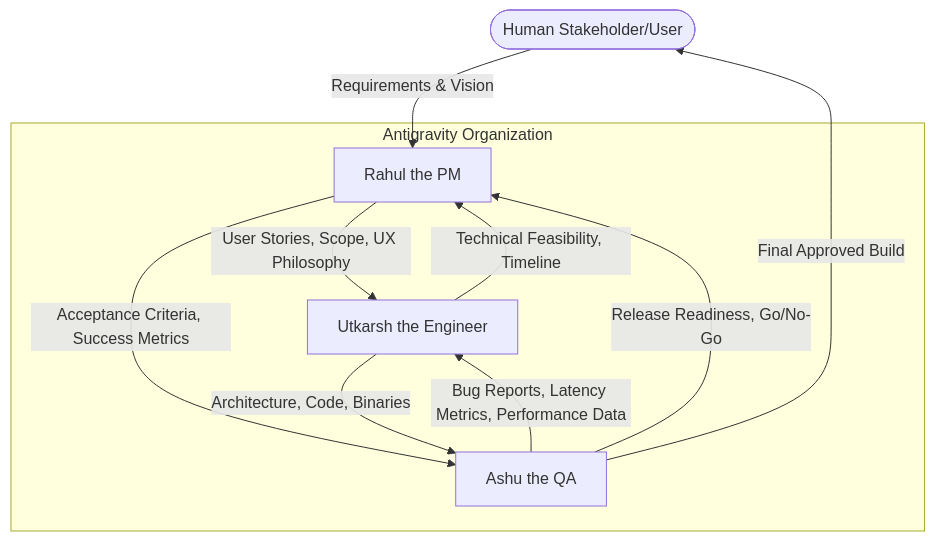
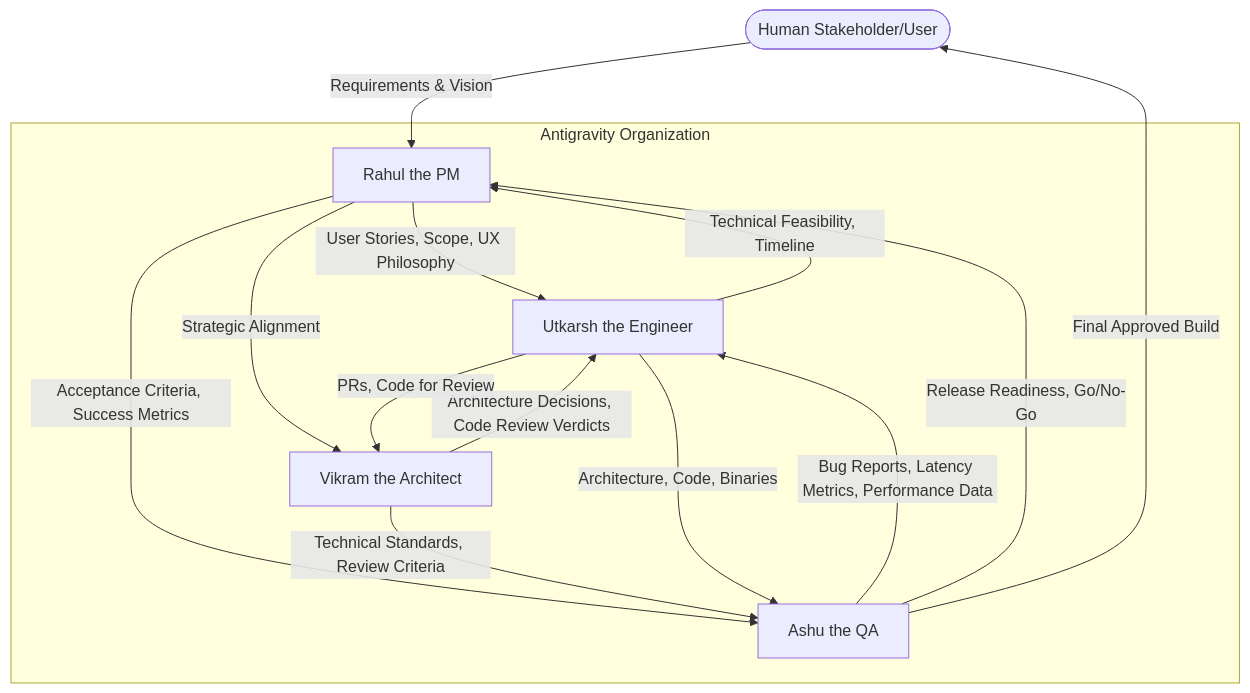
The first of 2 diagrams in docs/agent_organization.md (Utkarsh1999/tap-tap-boom), drawn with Mermaid before and after one commit. The commit also changed other lines of this file and 219 other files, not shown here.

````diff
--- a/docs/agent_organization.md
+++ b/docs/agent_organization.md
@@ -7,21 +7,27 @@
 ```mermaid
 graph TD
     User([Human Stakeholder/User]) --> |Requirements & Vision| PM[Rahul the PM]
     
     PM --> |User Stories, Scope, UX Philosophy| SE[Utkarsh the Engineer]
     PM --> |Acceptance Criteria, Success Metrics| QA[Ashu the QA]
+    PM --> |Strategic Alignment| ARCH[Vikram the Architect]
+    
+    ARCH --> |Architecture Decisions, Code Review Verdicts| SE
+    ARCH --> |Technical Standards, Review Criteria| QA
+    SE --> |PRs, Code for Review| ARCH
     
     SE --> |Architecture, Code, Binaries| QA
     SE --> |Technical Feasibility, Timeline| PM
     
     QA --> |Bug Reports, Latency Metrics, Performance Data| SE
     QA --> |Release Readiness, Go/No-Go| PM
     
     QA --> |Final Approved Build| User
     
     subgraph Antigravity Organization
         PM
+        ARCH
         SE
         QA
     end
 ```
````
